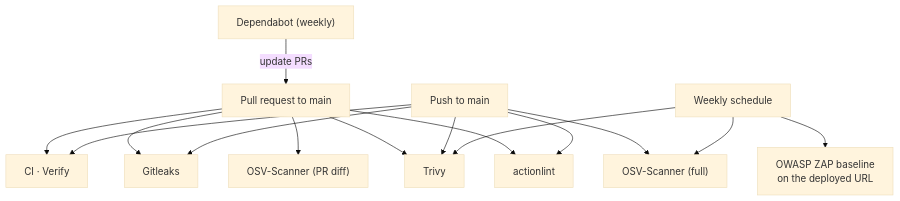
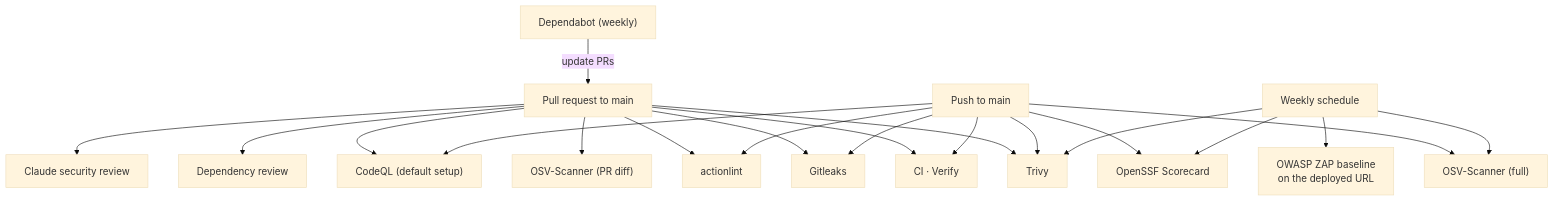
One commit to osanas/weather-use-case changed the fourth of 4 diagrams in docs/use-case-presentation.md. Above: the diagram before and after it, drawn with Mermaid (base theme). The commit also changed other lines of this file and 14 other files, not shown here.

First line of the commit message:
feat(WEA-26): add security review, dependency review and Scorecard

````diff
--- a/docs/use-case-presentation.md
+++ b/docs/use-case-presentation.md
@@ -133,11 +133,14 @@
 ```mermaid
 flowchart TB
     PR["Pull request to main"] --> CI["CI · Verify"]
     PR --> GL["Gitleaks"]
     PR --> OSV["OSV-Scanner (PR diff)"]
     PR --> TR["Trivy"]
     PR --> AL["actionlint"]
-    MAIN["Push to main"] --> CI & GL & OSV2["OSV-Scanner (full)"] & TR & AL
-    WEEK["Weekly schedule"] --> OSV2 & TR & ZAP["OWASP ZAP baseline<br/>on the deployed URL"]
+    PR --> DR["Dependency review"]
+    PR --> CSR["Claude security review"]
+    PR --> CQL["CodeQL (default setup)"]
+    MAIN["Push to main"] --> CI & GL & OSV2["OSV-Scanner (full)"] & TR & AL & CQL & SC["OpenSSF Scorecard"]
+    WEEK["Weekly schedule"] --> OSV2 & TR & SC & ZAP["OWASP ZAP baseline<br/>on the deployed URL"]
     DB["Dependabot (weekly)"] -->|"update PRs"| PR
 ```
````
